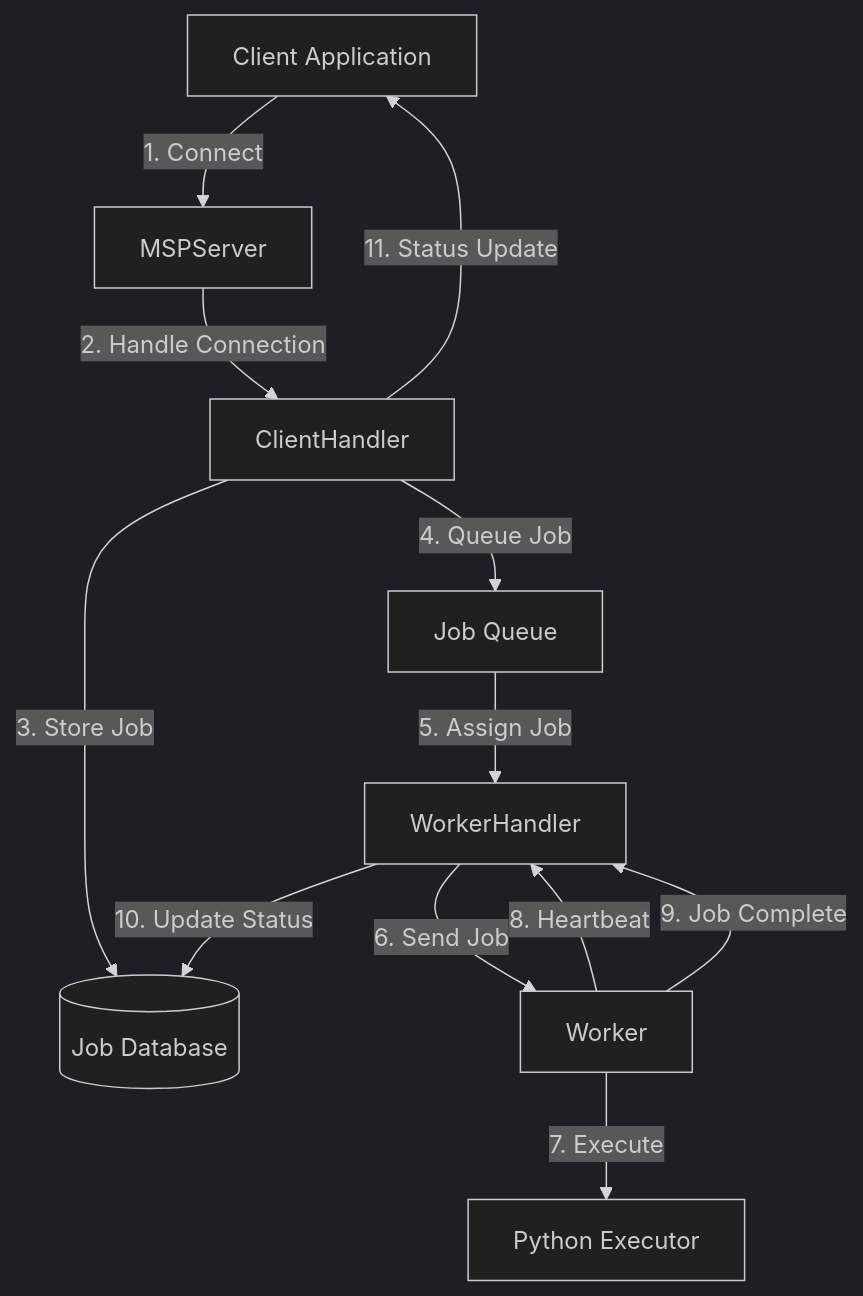
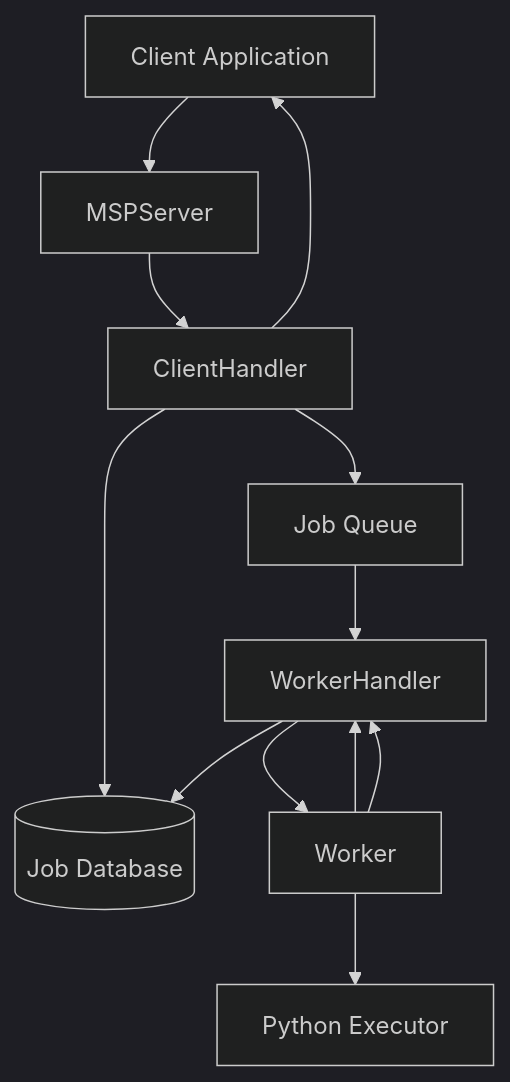
One commit to VaishnaviBasukar20/KIT318 changed the first of 5 diagrams in flow_diagram.md. Above: the diagram before and after it, drawn with Mermaid (dark theme). The commit also changed other lines of this file, not shown here.

````diff
--- a/flow_diagram.md
+++ b/flow_diagram.md
@@ -5,23 +5,23 @@
 ```mermaid
-flowchart TB
+graph TD
     C[Client Application]
     MS[MSPServer]
     CH[ClientHandler]
     WH[WorkerHandler]
     Q[Job Queue]
     DB[(Job Database)]
     W[Worker]
     P[Python Executor]
 
-    C -->|1. Connect| MS
-    MS -->|2. Handle Connection| CH
-    CH -->|3. Store Job| DB
-    CH -->|4. Queue Job| Q
-    Q -->|5. Assign Job| WH
-    WH -->|6. Send Job| W
-    W -->|7. Execute| P
-    W -->|8. Heartbeat| WH
-    W -->|9. Job Complete| WH
-    WH -->|10. Update Status| DB
-    CH -->|11. Status Update| C
+    C --> MS
+    MS --> CH
+    CH --> DB
+    CH --> Q
+    Q --> WH
+    WH --> W
+    W --> P
+    W --> WH
+    W --> WH
+    WH --> DB
+    CH --> C
 ```
````
